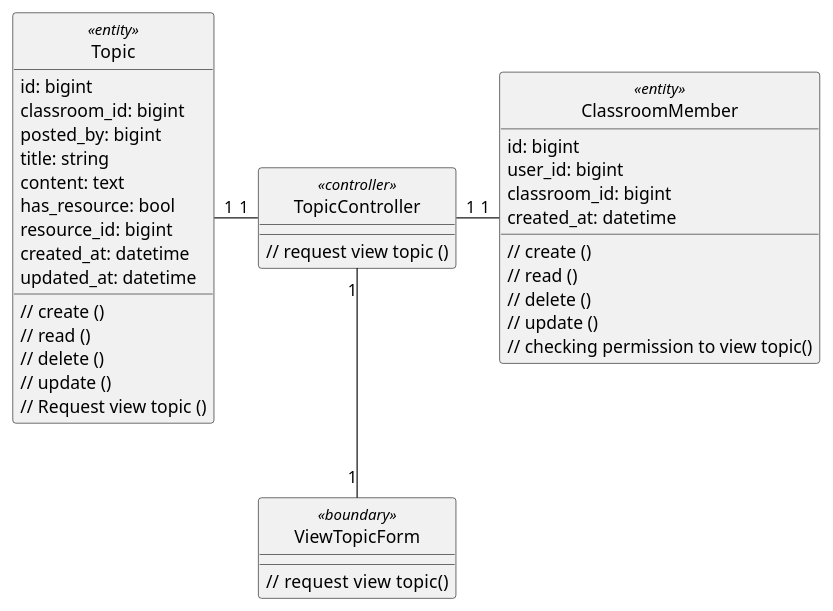
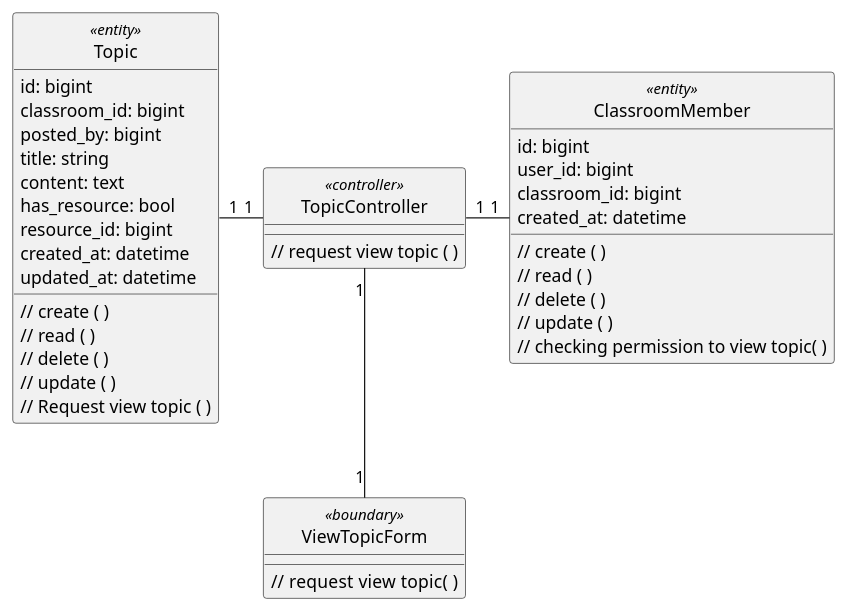
The diagram in class - analysis/topic/viewTopic.plantuml (anonyhostvn/OOAD-Diagram), drawn with PlantUML before and after one commit. The commit also changed 16 other files, not shown here.

```diff
--- a/class - analysis/topic/viewTopic.plantuml
+++ b/class - analysis/topic/viewTopic.plantuml
@@ -1,52 +1,52 @@
 @startuml viewTopic
 
 class Topic <<entity>> {
     id: bigint
     classroom_id: bigint
     posted_by: bigint
     title: string
     content: text
     has_resource: bool
     resource_id: bigint
     created_at: datetime
     updated_at: datetime
 
-    // create ()
-    // read ()
-    // delete ()
-    // update ()
-    // Request view topic ()
+    // create ( )
+    // read ( )
+    // delete ( )
+    // update ( )
+    // Request view topic ( )
 }
 
 class ClassroomMember <<entity>> {
     id: bigint
     user_id: bigint
     classroom_id: bigint
     created_at: datetime
 
-    // create ()
-    // read ()
-    // delete ()
-    // update ()
-    // checking permission to view topic()
+    // create ( )
+    // read ( )
+    // delete ( )
+    // update ( )
+    // checking permission to view topic( )
 }
 
 class ViewTopicForm <<boundary>> {
-    // request view  topic()
+    // request view  topic( )
 }
 
 class TopicController <<controller>> {
-    // request view topic ()
+    // request view topic ( )
 }
 
 hide Topic <<entity>> circle
 hide ViewTopicForm <<boundary>> circle
 hide TopicController <<controller>> circle
 
 TopicController "1" -left- "1" Topic
 TopicController "1" -right- "1" ClassroomMember
 TopicController "1" -down- "1" ViewTopicForm
 
 
 
 @enduml
```
